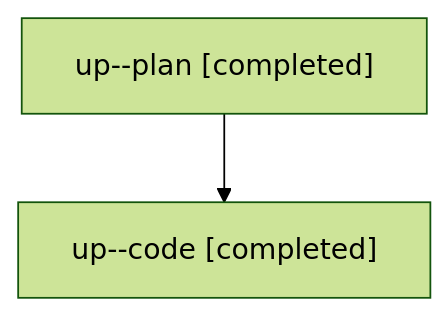
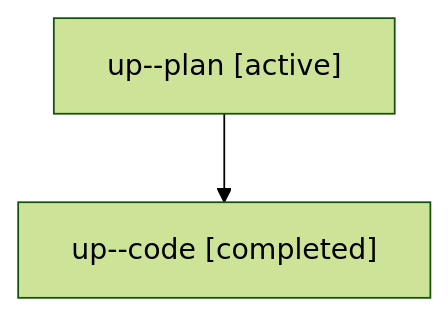
One commit to sase-org/sase--agents changed the diagram in families/bbugyi200.athena.up.md. Above: the diagram before and after it, drawn with Mermaid (forest theme). The commit also changed other lines of this file and 4556 other files, not shown here.

````diff
--- a/families/bbugyi200.athena.up.md
+++ b/families/bbugyi200.athena.up.md
@@ -9,6 +9,6 @@
 ```mermaid
 flowchart TD
-  n0["up--plan [completed]"]
+  n0["up--plan [active]"]
   n1["up--code [completed]"]
   n0 --> n1
 ```
````
